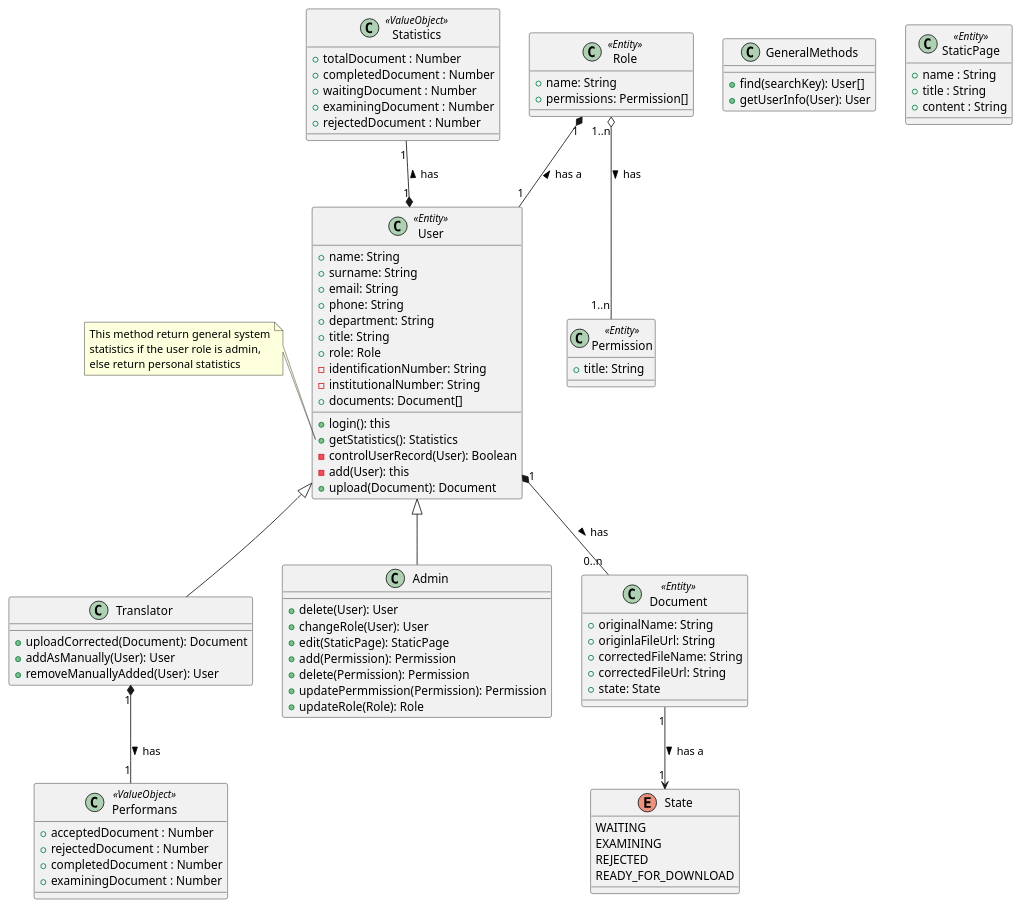
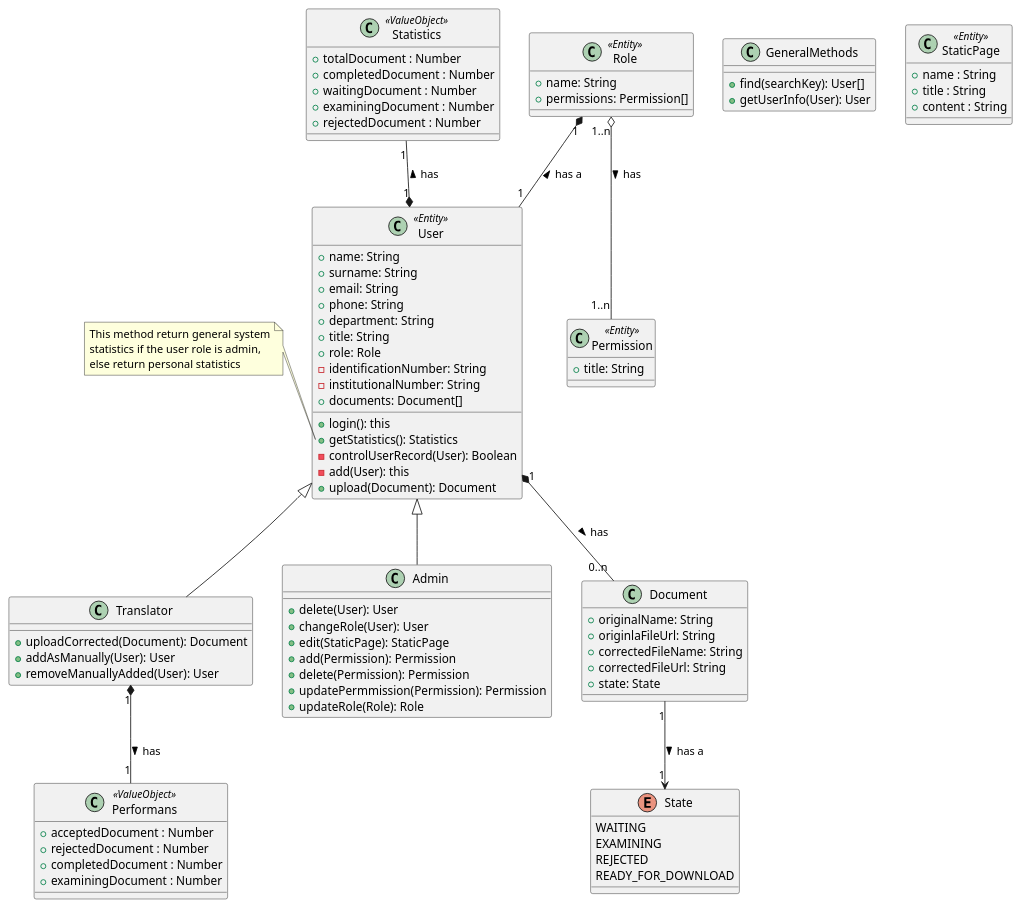
The diagram in class-diagram.puml (uygaraydin/academic-paper-proofreading), drawn with PlantUML before and after one commit.

Commit message:
class diagram was updated

```diff
--- a/class-diagram.puml
+++ b/class-diagram.puml
@@ -1,103 +1,103 @@
 @startuml APP
 
 class GeneralMethods {
   + find(searchKey): User[]
   + getUserInfo(User): User
 }
 
 class User <<Entity>> {
   + name: String
   + surname: String
   + email: String
   + phone: String
   + department: String
   + title: String
   + role: Role
   - identificationNumber: String
   - institutionalNumber: String
   + documents: Document[]
   + login(): this
   + getStatistics(): Statistics
   - controlUserRecord(User): Boolean
   - add(User): this
   + upload(Document): Document
 }
 note left of User::getStatistics
 This method return general system
 statistics if the user role is admin,
 else return personal statistics
 end note
 
 class Translator {
   + uploadCorrected(Document): Document
   + addAsManually(User): User
   + removeManuallyAdded(User): User
 }
 
 class Admin {
   + delete(User): User
   + changeRole(User): User
   + edit(StaticPage): StaticPage
   + add(Permission): Permission
   + delete(Permission): Permission
   + updatePermmission(Permission): Permission
   + updateRole(Role): Role
 }
 
 class Statistics <<ValueObject>> {
   + totalDocument : Number
   + completedDocument : Number
   + waitingDocument : Number
   + examiningDocument : Number
   + rejectedDocument : Number
 }
 
 class Performans <<ValueObject>> {
   + acceptedDocument : Number
   + rejectedDocument : Number
   + completedDocument : Number
   + examiningDocument : Number
 }
 
 class StaticPage <<Entity>> {
   + name : String
   + title : String
   + content : String
 }
 
-class Document <<Entity>> {
+class Document {
   + originalName: String
   + originlaFileUrl: String
   + correctedFileName: String
   + correctedFileUrl: String
   + state: State
 }
 
 class Role <<Entity>> {
   + name: String
   + permissions: Permission[]
 }
 
 class Permission <<Entity>> {
   + title: String
 }
 
 enum State {
   WAITING
   EXAMINING
   REJECTED
   READY_FOR_DOWNLOAD
 }
 
 
 Translator -up-|> User
 Admin -up-|> User
 User "1" *-- "0..n" Document : has >
 Document "1" --> "1" State : has a >
 Role "1" *-- "1" User : has a <
 Role "1..n" o-- "1..n" Permission : has >
 User "1" *-up- "1" Statistics : has >
 Translator "1" *-- "1" Performans : has >
 
 
 @enduml
```
